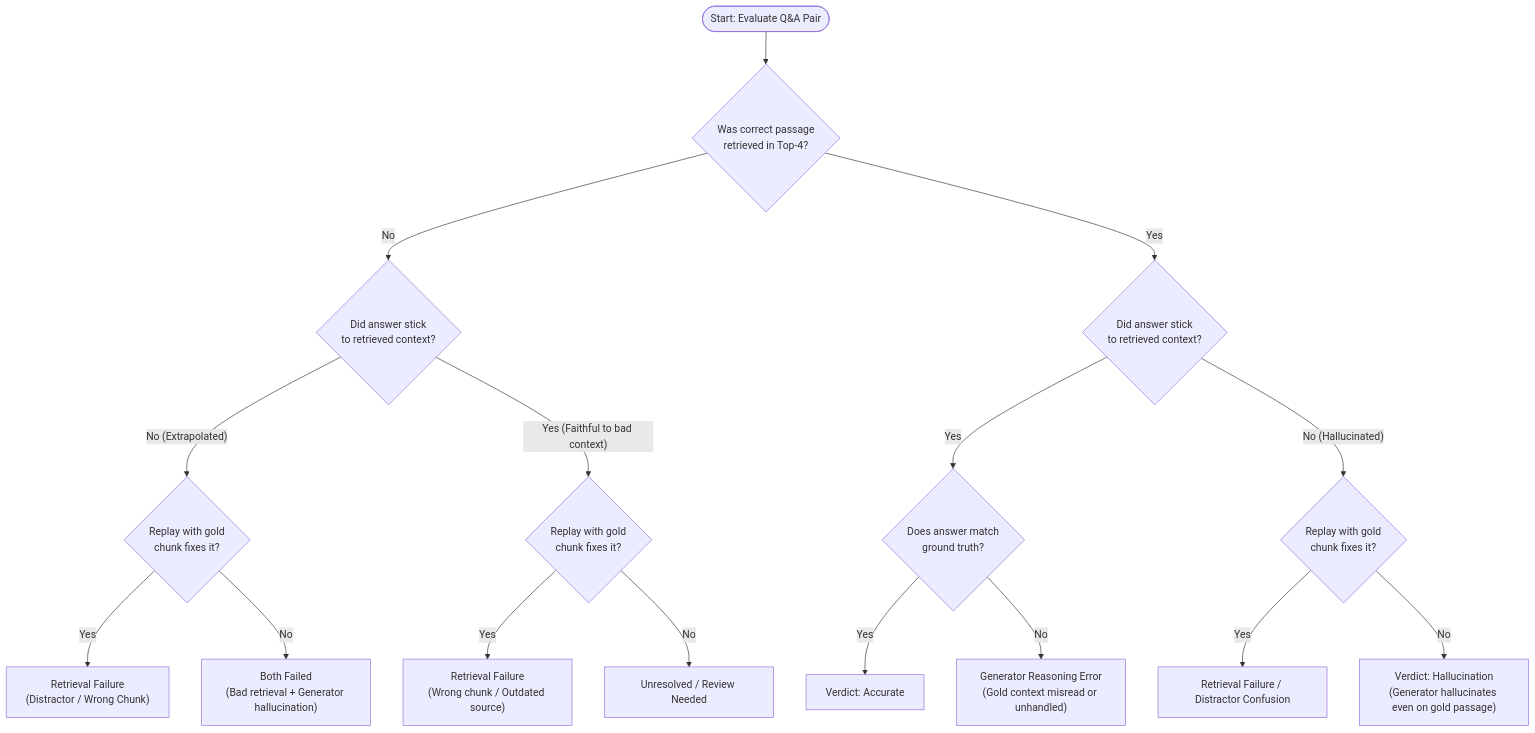
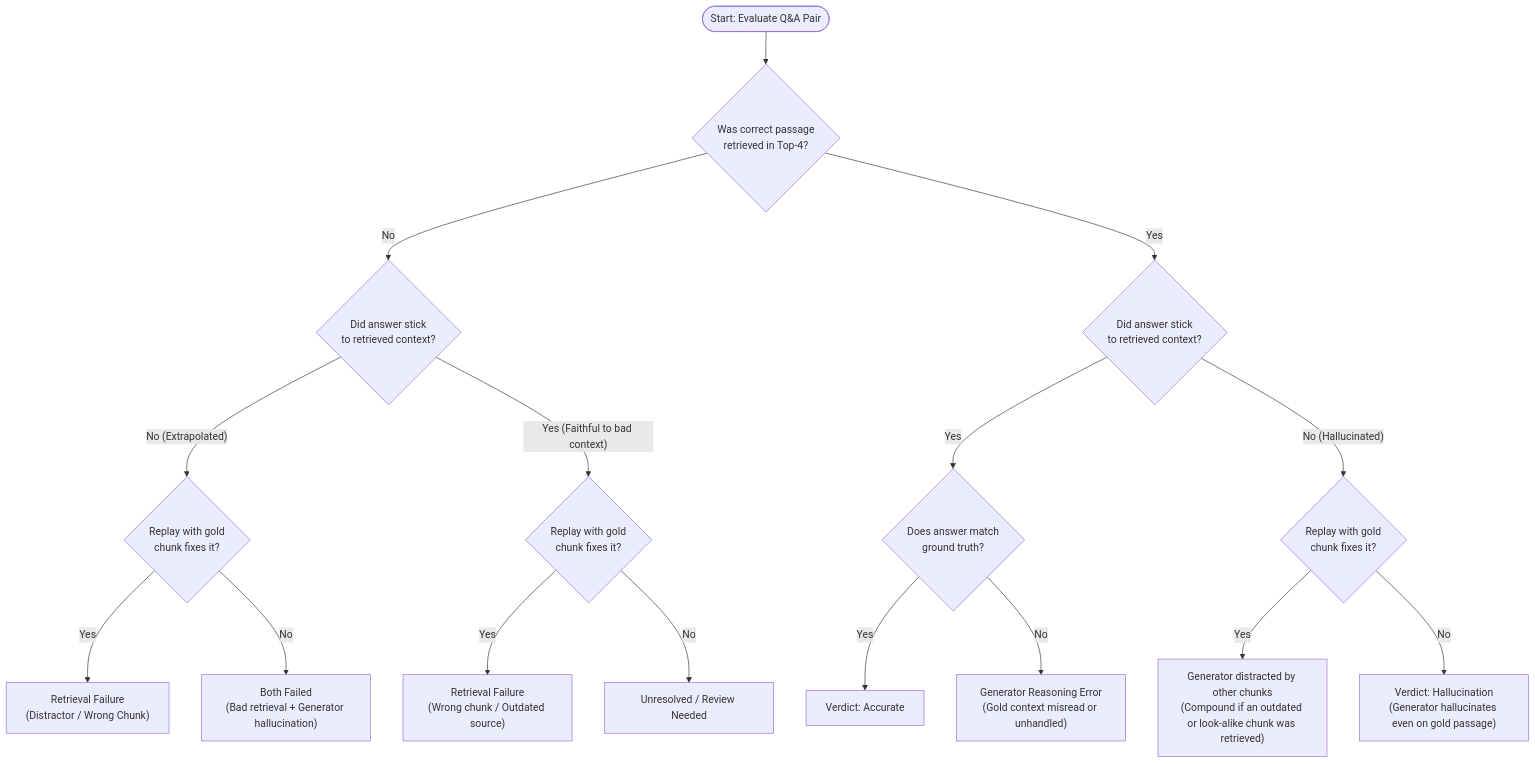
Before and after one commit to Vidhaath622/MUJ: the second of 3 diagrams in README.md, drawn with Mermaid. The commit also changed other lines of this file and 1 other file, not shown here.

````diff
--- a/README.md
+++ b/README.md
@@ -76,25 +77,25 @@
 ```mermaid
 flowchart TD
     Start(["Start: Evaluate Q&A Pair"]) --> Q1{"Was correct passage<br/>retrieved in Top-4?"}
     
     Q1 -- "No" --> Q2{"Did answer stick<br/>to retrieved context?"}
     Q1 -- "Yes" --> Q3{"Did answer stick<br/>to retrieved context?"}
     
     Q2 -- "No (Extrapolated)" --> Replay1{"Replay with gold<br/>chunk fixes it?"}
     Q2 -- "Yes (Faithful to bad context)" --> Replay2{"Replay with gold<br/>chunk fixes it?"}
     
     Replay1 -- "Yes" --> RetFail["Retrieval Failure<br/>(Distractor / Wrong Chunk)"]
     Replay1 -- "No" --> BothFail["Both Failed<br/>(Bad retrieval + Generator hallucination)"]
     
     Replay2 -- "Yes" --> RetOnly["Retrieval Failure<br/>(Wrong chunk / Outdated source)"]
     Replay2 -- "No" --> Unresolved1["Unresolved / Review Needed"]
     
     Q3 -- "Yes" --> Q4{"Does answer match<br/>ground truth?"}
     Q3 -- "No (Hallucinated)" --> Replay3{"Replay with gold<br/>chunk fixes it?"}
     
     Q4 -- "Yes" --> Accurate["Verdict: Accurate"]
     Q4 -- "No" --> ReasonErr["Generator Reasoning Error<br/>(Gold context misread or unhandled)"]
     
-    Replay3 -- "Yes" --> RetConf["Retrieval Failure / Distractor Confusion"]
+    Replay3 -- "Yes" --> RetConf["Generator distracted by other chunks<br/>(Compound if an outdated or look-alike chunk was retrieved)"]
     Replay3 -- "No" --> PureHallucination["Verdict: Hallucination<br/>(Generator hallucinates even on gold passage)"]
 ```
````
